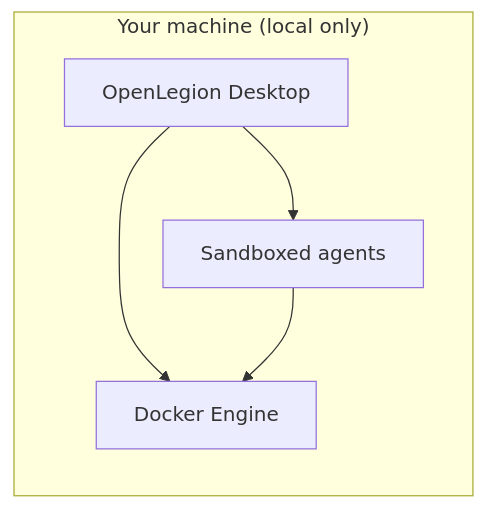
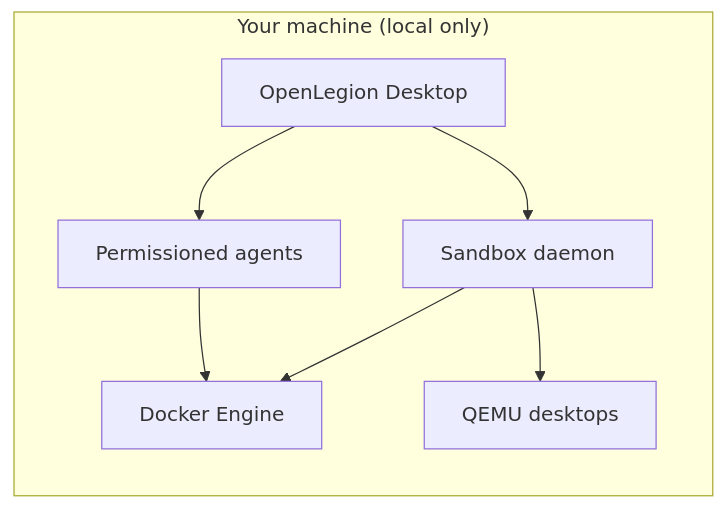
One commit to dorman/OpenLegion changed the diagram in README.md. Above: the diagram before and after it, drawn with Mermaid. The commit also changed other lines of this file, not shown here.

First line of the commit message:
docs: align README with current sandbox product

````diff
--- a/README.md
+++ b/README.md
@@ -44,11 +44,15 @@
 ```mermaid
 flowchart LR
   subgraph local ["Your machine (local only)"]
     Desktop["OpenLegion Desktop"]
-    Agent["Sandboxed agents"]
+    Agent["Permissioned agents"]
+    Daemon["Sandbox daemon"]
     Docker["Docker Engine"]
+    QEMU["QEMU desktops"]
     Desktop --> Agent
-    Desktop --> Docker
+    Desktop --> Daemon
+    Daemon --> Docker
+    Daemon --> QEMU
     Agent --> Docker
   end
 ```
````
